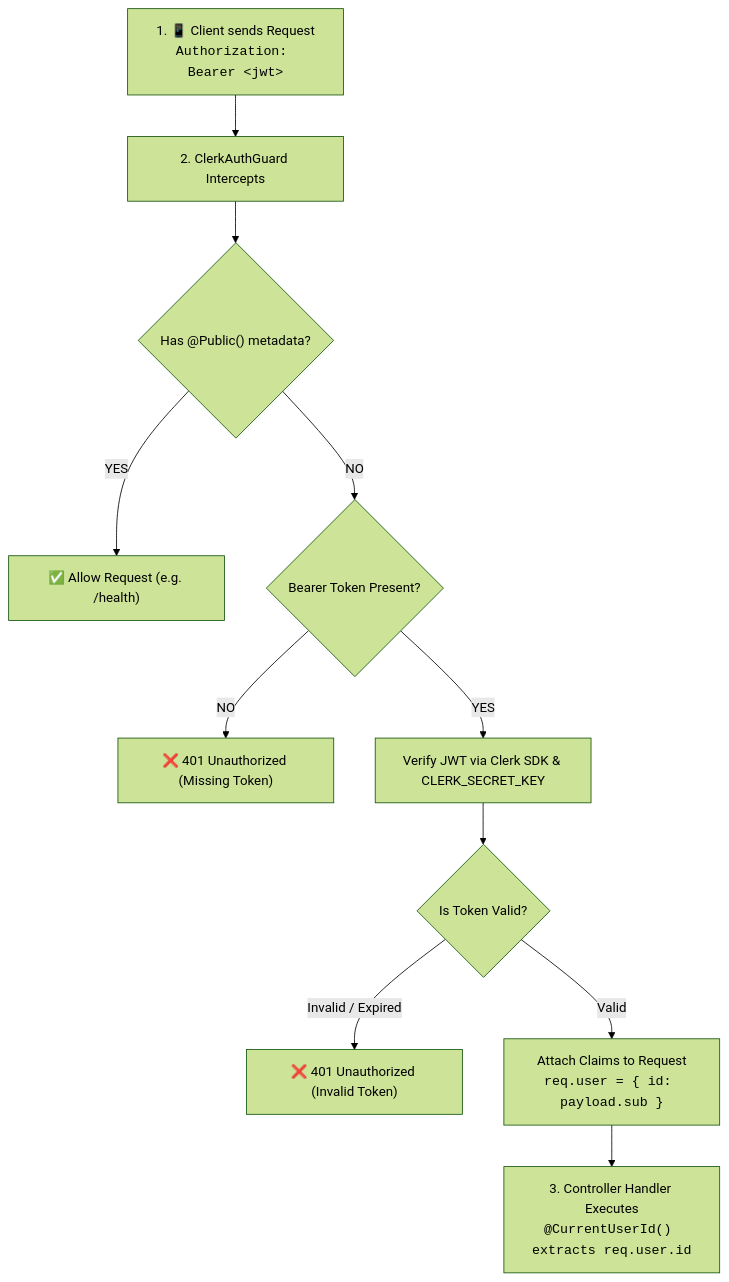
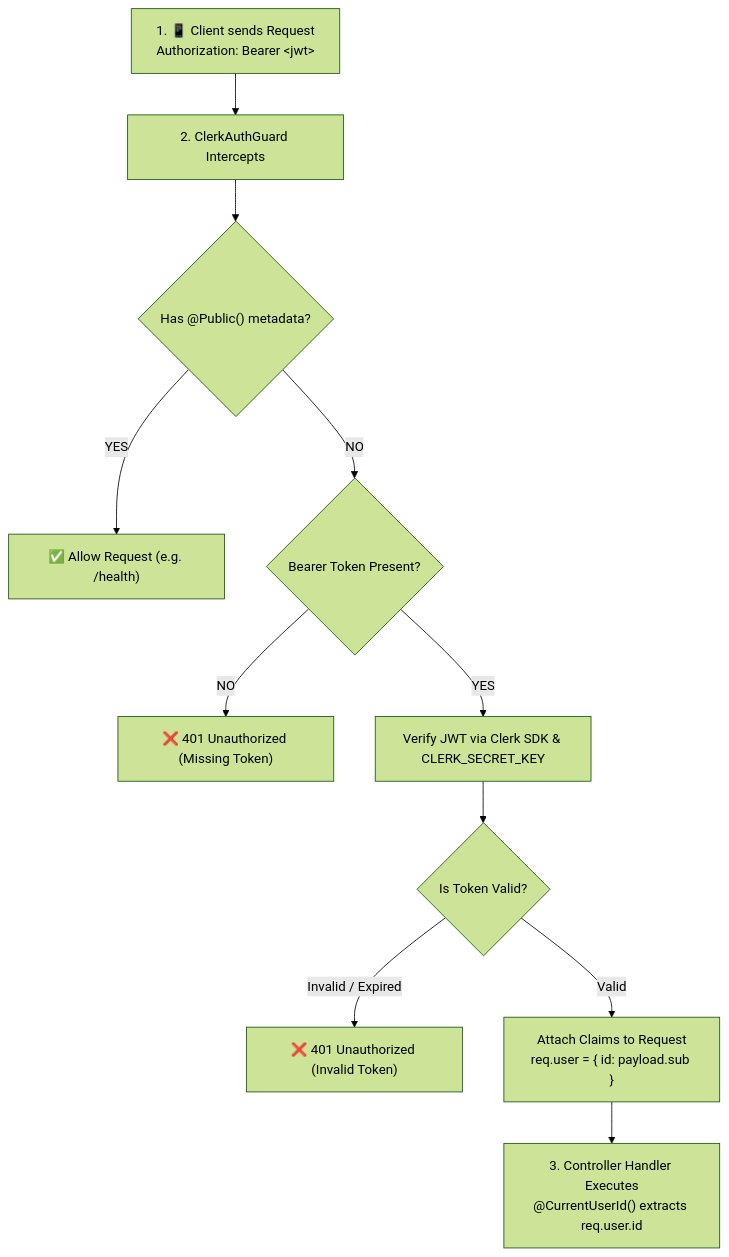
Before and after one commit to likha-innovations/sagana-backend: the diagram in docs/core-concepts/auth-lifecycle.md, drawn with Mermaid (forest theme). The commit also changed 4 other files, not shown here.

Commit message:
docs(ui): fix the ui outline of every diagram

````diff
--- a/docs/core-concepts/auth-lifecycle.md
+++ b/docs/core-concepts/auth-lifecycle.md
@@ -27,17 +27,17 @@
 ```mermaid
 flowchart TD
-    Client["1. 📱 Client sends Request<br/><code>Authorization: Bearer &lt;jwt&gt;</code>"] --> Guard["2. ClerkAuthGuard Intercepts"]
+    Client["1. 📱 Client sends Request<br/>Authorization: Bearer &lt;jwt&gt;"] --> Guard["2. ClerkAuthGuard Intercepts"]
     Guard --> CheckPublic{"Has @Public() metadata?"}
     
     CheckPublic -->|YES| Allow["✅ Allow Request (e.g. /health)"]
     CheckPublic -->|NO| CheckToken{"Bearer Token Present?"}
     
     CheckToken -->|NO| ErrMissing["❌ 401 Unauthorized (Missing Token)"]
     CheckToken -->|YES| VerifyJWT["Verify JWT via Clerk SDK & CLERK_SECRET_KEY"]
     
     VerifyJWT --> CheckValid{"Is Token Valid?"}
     CheckValid -->|Invalid / Expired| ErrInvalid["❌ 401 Unauthorized (Invalid Token)"]
-    CheckValid -->|Valid| Attach["Attach Claims to Request<br/><code>req.user = { id: payload.sub }</code>"]
+    CheckValid -->|Valid| Attach["Attach Claims to Request<br/>req.user = { id: payload.sub }"]
     
-    Attach --> Handler["3. Controller Handler Executes<br/><code>@CurrentUserId() extracts req.user.id</code>"]
+    Attach --> Handler["3. Controller Handler Executes<br/>@CurrentUserId() extracts req.user.id"]
 ```
````
